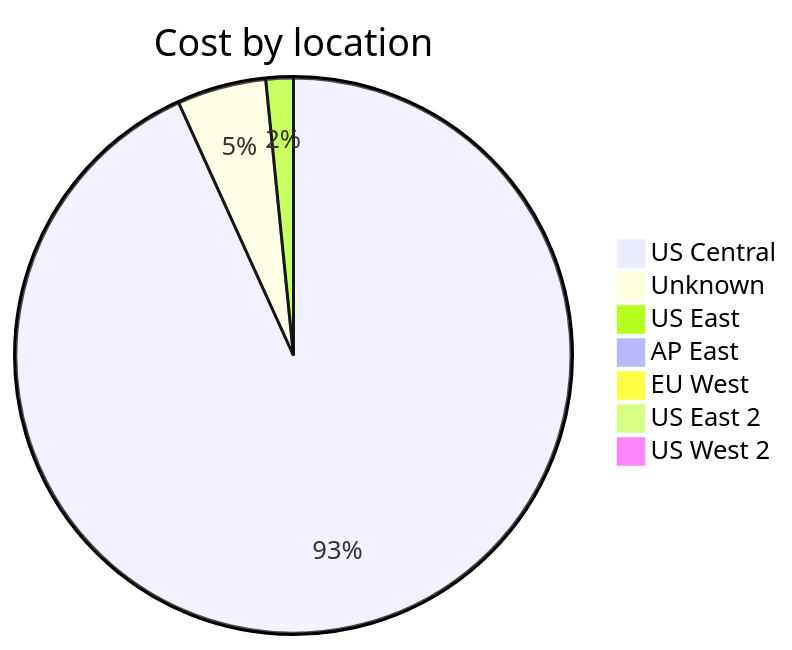
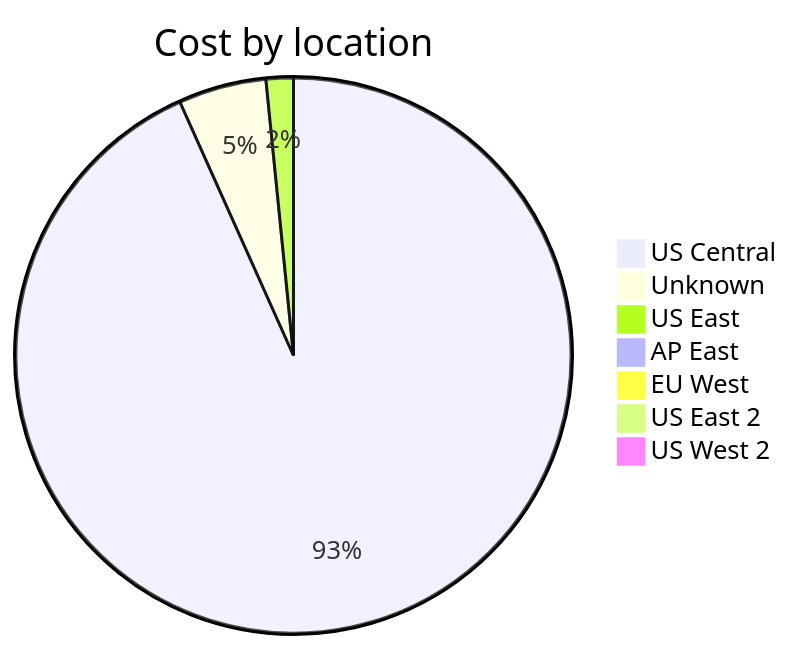
One commit to jpfulton/azure-personal-reports changed the third of 4 diagrams in cost-reports/accumulated-cost.md. Above: the diagram before and after it, drawn with Mermaid. The commit also changed other lines of this file and 4 other files, not shown here.

````diff
--- a/cost-reports/accumulated-cost.md
+++ b/cost-reports/accumulated-cost.md
@@ -123,11 +123,11 @@
 ```mermaid
 pie
    title Cost by location
-   "US Central" : 4.67
-   "Unknown" : 0.26
-   "US East" : 0.08
+   "US Central" : 5.29
+   "Unknown" : 0.29
+   "US East" : 0.09
    "AP East" : 0.00
    "EU West" : 0.00
    "US East 2" : 0.00
    "US West 2" : 0.00
 ```
````
